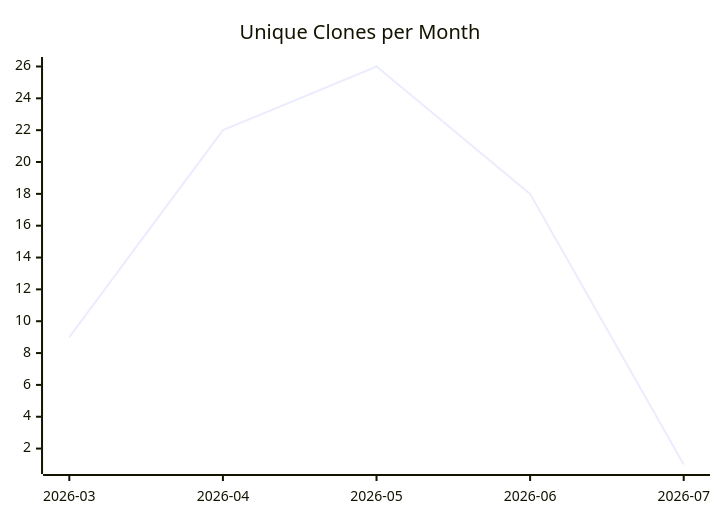
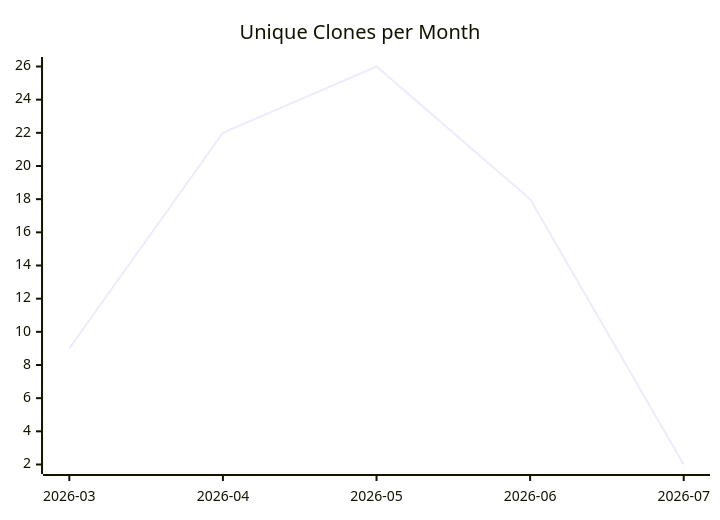
Before and after one commit to justdavis-family/github-analytics-data: the third of 3 diagrams in karlmdavis/lego-ev3dev-rs/README.md, drawn with Mermaid. The commit also changed other lines of this file and 184 other files, not shown here.

````diff
--- a/karlmdavis/lego-ev3dev-rs/README.md
+++ b/karlmdavis/lego-ev3dev-rs/README.md
@@ -19,6 +19,6 @@
 ```mermaid
 xychart-beta
   title "Unique Clones per Month"
   x-axis ["2026-03", "2026-04", "2026-05", "2026-06", "2026-07"]
-  line [9, 22, 26, 18, 1]
+  line [9, 22, 26, 18, 2]
 ```
````
